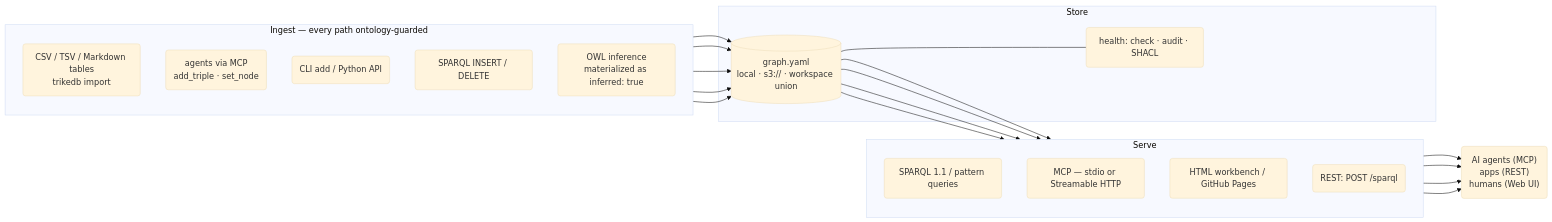
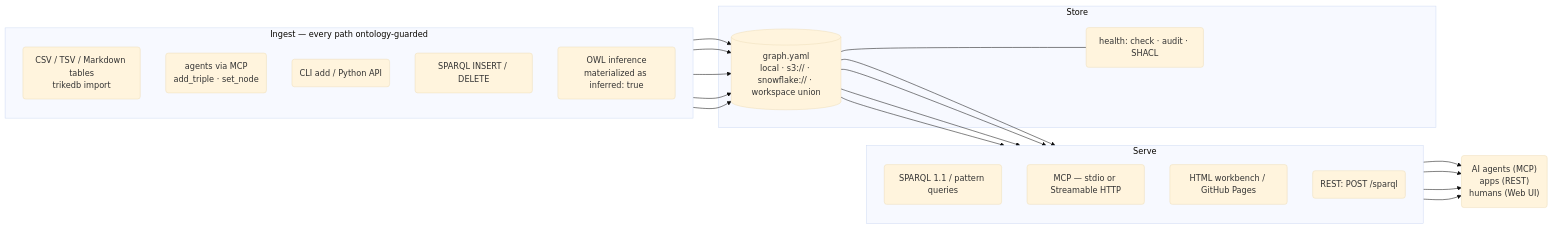
One commit to RyutoYoda/trikedb changed the first of 2 diagrams in docs/REFERENCE.md. Above: the diagram before and after it, drawn with Mermaid (base theme). The commit also changed other lines of this file and 11 other files, not shown here.

````diff
--- a/docs/REFERENCE.md
+++ b/docs/REFERENCE.md
@@ -11,41 +11,41 @@
 ```mermaid
 flowchart LR
     subgraph ingest["Ingest — every path ontology-guarded"]
         direction TB
         I1("CSV / TSV / Markdown tables<br/>trikedb import")
         I2("agents via MCP<br/>add_triple · set_node")
         I3("CLI add / Python API")
         I4("SPARQL INSERT / DELETE")
         I5("OWL inference<br/>materialized as inferred: true")
     end
 
     subgraph store["Store"]
-        Y[("graph.yaml<br/>local · s3:// · workspace union")]
+        Y[("graph.yaml<br/>local · s3:// · snowflake:// · workspace union")]
         H("health: check · audit · SHACL")
     end
 
     subgraph serve["Serve"]
         direction TB
         S1("SPARQL 1.1 / pattern queries")
         S2("MCP — stdio or Streamable HTTP")
         S3("HTML workbench / GitHub Pages")
         S4("REST: POST /sparql")
     end
 
     C("AI agents (MCP)<br/>apps (REST)<br/>humans (Web UI)")
 
     I1 --> Y
     I2 --> Y
     I3 --> Y
     I4 --> Y
     I5 --> Y
     Y --- H
     Y --> S1
     Y --> S2
     Y --> S3
     Y --> S4
     S1 --> C
     S2 --> C
     S3 --> C
     S4 --> C
 ```
````
